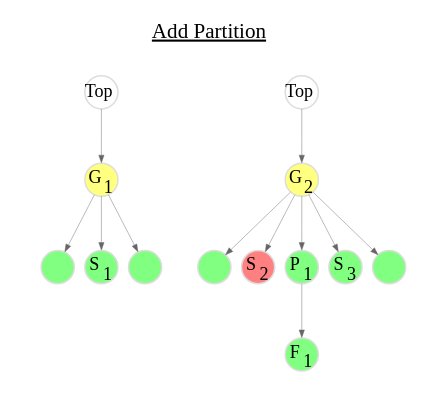
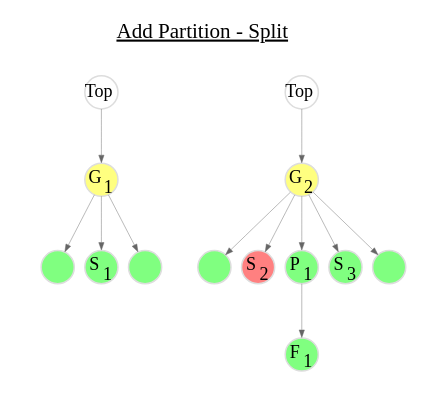
The diagram in 5_add_partition_split.gv (flatcap/dparted), drawn with Graphviz before and after one commit. The commit also changed 3 other files, not shown here.

```diff
--- a/5_add_partition_split.gv
+++ b/5_add_partition_split.gv
@@ -1,68 +1,68 @@
 digraph add {
 	graph [
 		rankdir="TB"
 		bgcolor="white"
 		color="white"
 		nodesep="0.1"
 		ranksep="0.5"
 		labelloc="t"
-		label=<<U>Add Partition</U>>
+		label=<<U>Add Partition - Split</U>>
 	];
 
 	node [
 		fontsize="12"
 		style="solid"
 		width="0.3"
 		height="0.3"
 		fixedsize="true"
 		penwidth="1.0"
 		color="#DDDDDD"
 	];
 
 	edge [
 		penwidth="0.3"
 		color="#666666"
 		arrowsize="0.5"
 	];
 
 
 	subgraph cluster1 {
 		color=transparent;
 		labelloc="t"
 		label=""
 
 		a_Top [ label=<Top>                                              ];
 		a_G1  [ label=<G<SUB>1</SUB>> style="filled" fillcolor="#ffff80" ];
 		a_X1  [ label=<>              style="filled" fillcolor="#80ff80" ];
 		a_S1  [ label=<S<SUB>1</SUB>> style="filled" fillcolor="#80ff80" ];
 		a_X2  [ label=<>              style="filled" fillcolor="#80ff80" ];
 
 		a_Top -> a_G1;
 		a_G1 -> a_X1;
 		a_G1 -> a_S1;
 		a_G1 -> a_X2;
 	}
 
 	subgraph cluster2 {
 		color=transparent;
 		labelloc="t"
 		label=""
 
 		b_Top [ label=<Top>                                              ];
 		b_G2  [ label=<G<SUB>2</SUB>> style="filled" fillcolor="#ffff80" ];
 		b_X1  [ label=<>              style="filled" fillcolor="#80ff80" ];
 		b_S2  [ label=<S<SUB>2</SUB>> style="filled" fillcolor="#ff8080" ];
 		b_P1  [ label=<P<SUB>1</SUB>> style="filled" fillcolor="#80ff80" ];
 		b_F1  [ label=<F<SUB>1</SUB>> style="filled" fillcolor="#80ff80" ];
 		b_S3  [ label=<S<SUB>3</SUB>> style="filled" fillcolor="#80ff80" ];
 		b_X2  [ label=<>              style="filled" fillcolor="#80ff80" ];
 
 		b_Top -> b_G2;
 		b_G2 -> b_X1;
-		b_G2 -> b_S2
-		b_G2 -> b_P1
-		b_G2 -> b_S3
-		b_G2 -> b_X2
-		b_P1 -> b_F1
+		b_G2 -> b_S2;
+		b_G2 -> b_P1;
+		b_G2 -> b_S3;
+		b_G2 -> b_X2;
+		b_P1 -> b_F1;
 	}
 }
```
